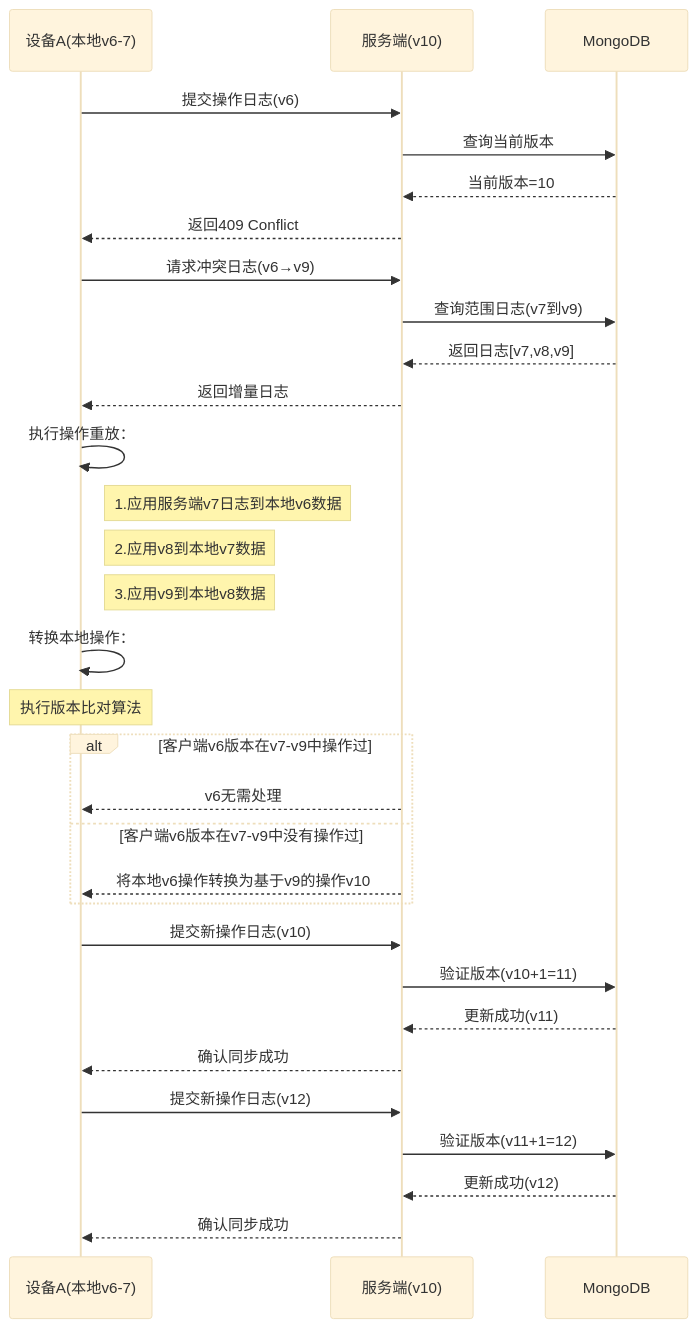
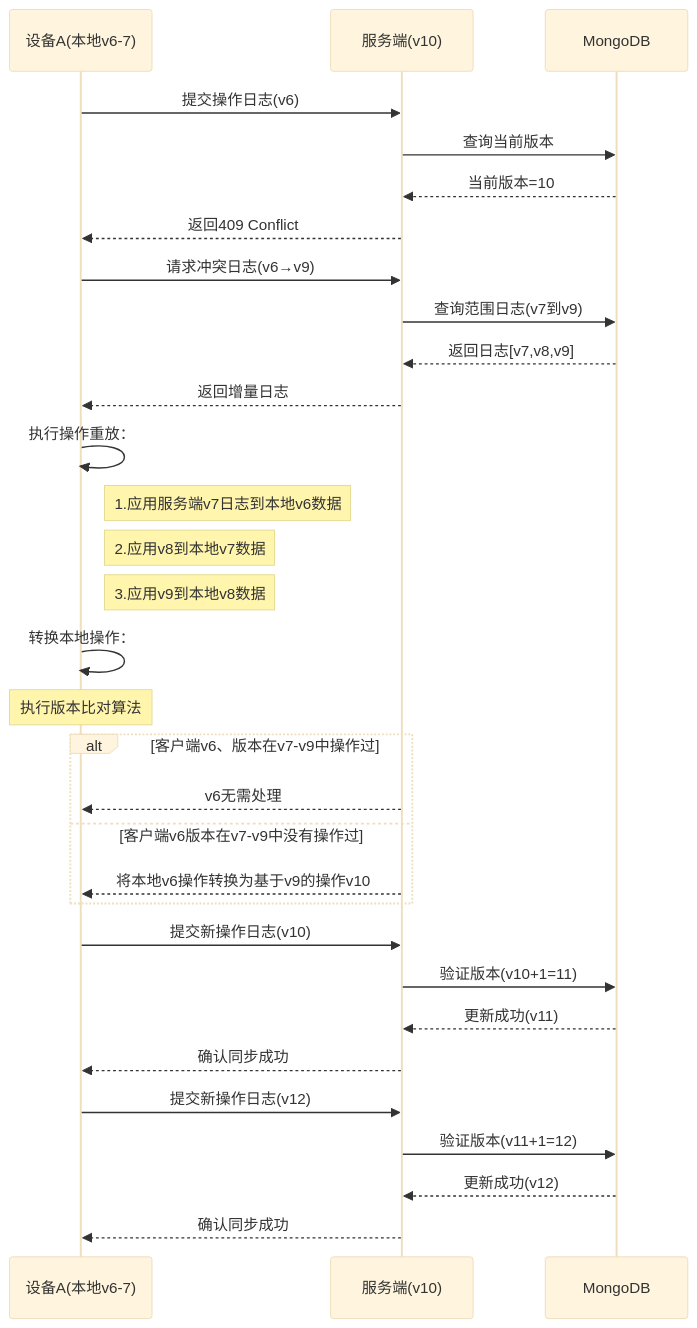
Before and after one commit to yingjianzh/iodraw-files: the diagram in all/未命名-26.md, drawn with Mermaid (base theme).

Commit message:
2025-02-26 17:01:37 update

````diff
--- a/all/未命名-26.md
+++ b/all/未命名-26.md
@@ -1,45 +1,45 @@
 ```mermaid
 sequenceDiagram
     participant A as 设备A(本地v6-7)
     participant S as 服务端(v10)
     participant DB as MongoDB
 
     %% 初始同步尝试
     A->>S: 提交操作日志(v6)
     S->>DB: 查询当前版本
     DB-->>S: 当前版本=10
     S-->>A: 返回409 Conflict
 
     %% 冲突解决阶段
     A->>S: 请求冲突日志(v6→v9)
     S->>DB: 查询范围日志(v7到v9)
     DB-->>S: 返回日志[v7,v8,v9]
     S-->>A: 返回增量日志
 
 
     %% 本地数据重建
     A->>A: 执行操作重放：
     note right of A: 1.应用服务端v7日志到本地v6数据
     note right of A: 2.应用v8到本地v7数据
     note right of A: 3.应用v9到本地v8数据
 
     %% 本地操作转换
     A->>A: 转换本地操作：
     Note over A: 执行版本比对算法
-    alt 客户端v6版本在v7-v9中操作过
+    alt 客户端v6、版本在v7-v9中操作过
         S-->>A: v6无需处理
     else 客户端v6版本在v7-v9中没有操作过
         S-->>A: 将本地v6操作转换为基于v9的操作v10
     end
 
     %% 重新提交
     A->>S: 提交新操作日志(v10)
     S->>DB: 验证版本(v10+1=11)
     DB-->>S: 更新成功(v11)
     S-->>A: 确认同步成功
 
     A->>S: 提交新操作日志(v12)
     S->>DB: 验证版本(v11+1=12)
     DB-->>S: 更新成功(v12)
     S-->>A: 确认同步成功
 ```
````
